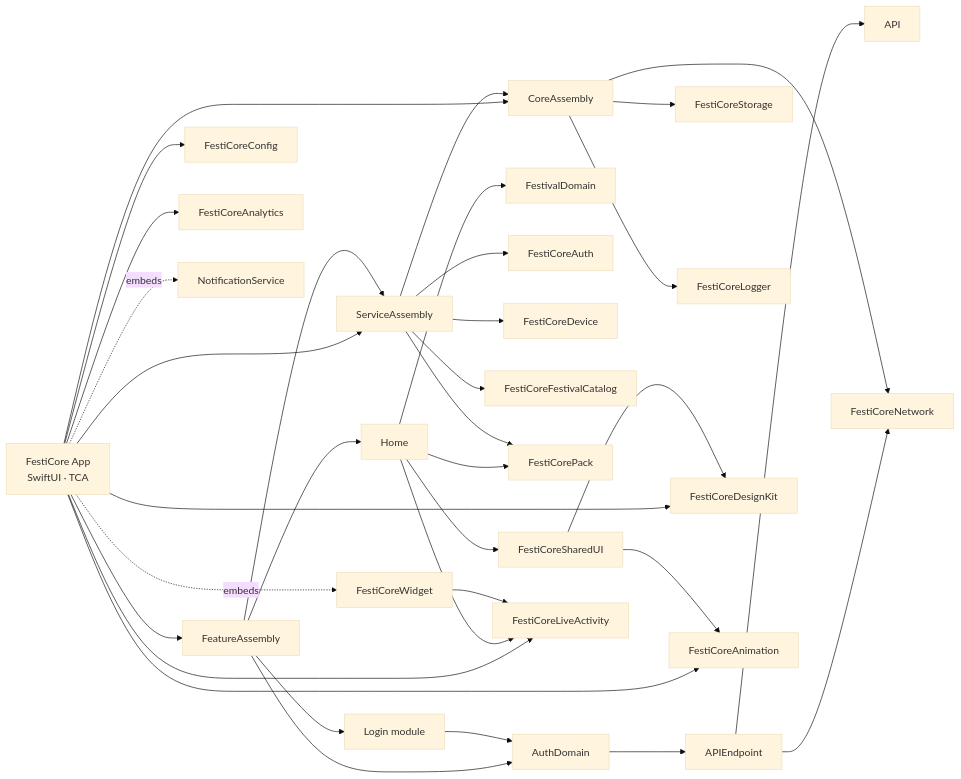
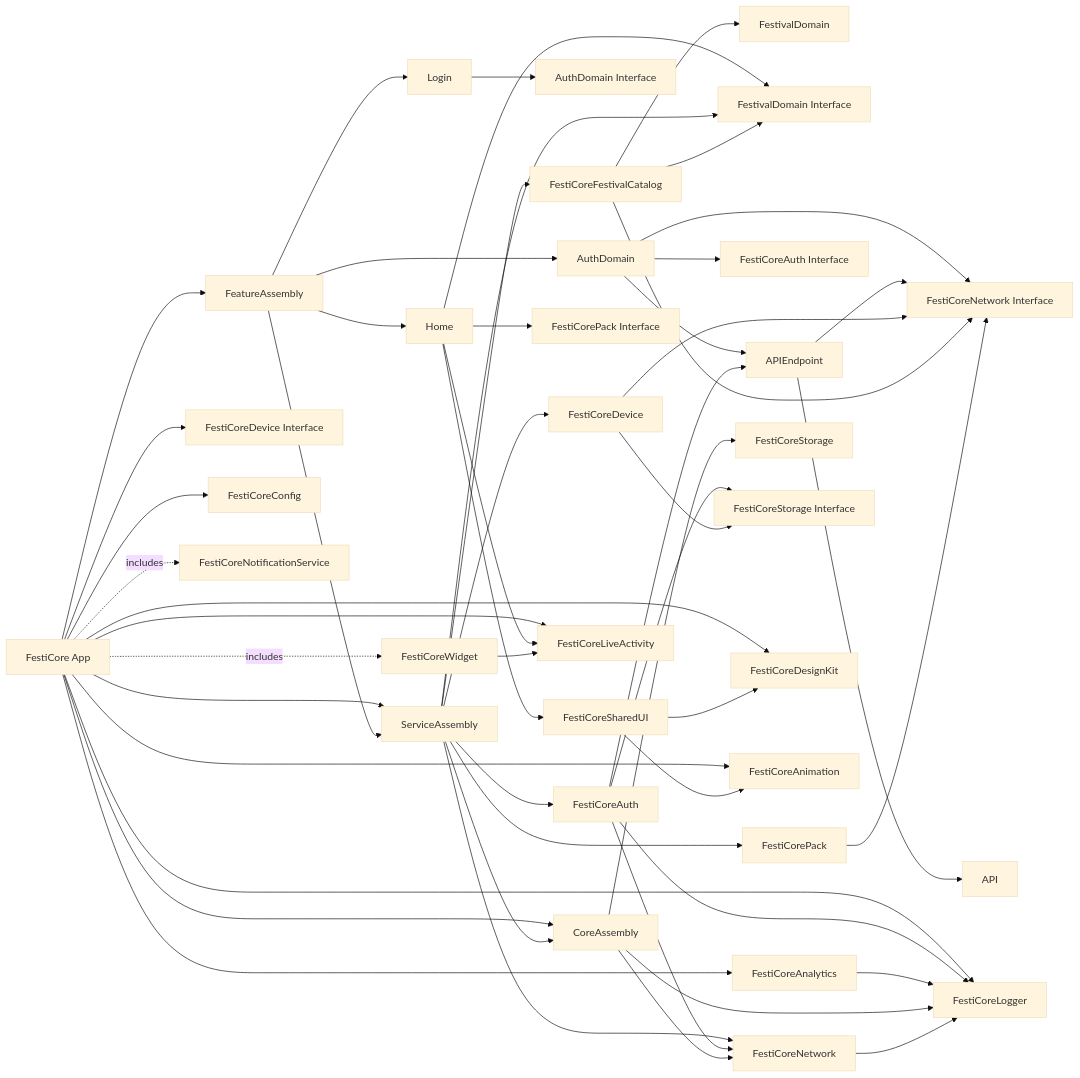
The diagram in docs/architecture/module-graph.mmd (FESTICORE/FestiCore-iOS), drawn with Mermaid (base theme) before and after one commit. The commit also changed 1 other file, not shown here.

Commit message:
문서: Tuist 의존성 Mermaid 그림 보강 #139

```diff
--- a/docs/architecture/module-graph.mmd
+++ b/docs/architecture/module-graph.mmd
@@ -1,60 +1,88 @@
 flowchart LR
-  App["FestiCore App<br/>SwiftUI · TCA"]
-  Feature["FeatureAssembly"]
+  App["FestiCore App"]
+  FeatureAssembly["FeatureAssembly"]
   Home["Home"]
-  Login["Login module"]
+  Login["Login"]
   AuthDomain["AuthDomain"]
+  AuthDomainInterface["AuthDomain Interface"]
   FestivalDomain["FestivalDomain"]
-  Service["ServiceAssembly"]
+  FestivalDomainInterface["FestivalDomain Interface"]
+  ServiceAssembly["ServiceAssembly"]
   API["API"]
-  Endpoint["APIEndpoint"]
+  APIEndpoint["APIEndpoint"]
+  Auth["FestiCoreAuth"]
+  AuthInterface["FestiCoreAuth Interface"]
+  Device["FestiCoreDevice"]
+  DeviceInterface["FestiCoreDevice Interface"]
+  Catalog["FestiCoreFestivalCatalog"]
+  Pack["FestiCorePack"]
+  PackInterface["FestiCorePack Interface"]
   Config["FestiCoreConfig"]
   Analytics["FestiCoreAnalytics"]
-  Auth["FestiCoreAuth"]
-  Device["FestiCoreDevice"]
-  Catalog["FestiCoreFestivalCatalog"]
-  Pack["FestiCorePack"]
-  Core["CoreAssembly"]
+  CoreAssembly["CoreAssembly"]
   Network["FestiCoreNetwork"]
+  NetworkInterface["FestiCoreNetwork Interface"]
   Storage["FestiCoreStorage"]
+  StorageInterface["FestiCoreStorage Interface"]
   Logger["FestiCoreLogger"]
   SharedUI["FestiCoreSharedUI"]
   Design["FestiCoreDesignKit"]
   Animation["FestiCoreAnimation"]
-  Activity["FestiCoreLiveActivity"]
+  LiveActivity["FestiCoreLiveActivity"]
   Widget["FestiCoreWidget"]
-  Notification["NotificationService"]
+  Notification["FestiCoreNotificationService"]
 
-  App --> Feature
-  App --> Service
-  App --> Core
+  App --> FeatureAssembly
+  App --> ServiceAssembly
+  App --> CoreAssembly
+  App --> DeviceInterface
+  App --> Logger
+  App --> Config
+  App --> Analytics
   App --> Design
   App --> Animation
-  App --> Activity
-  App --> Config
-  App --> Analytics
-  App -. embeds .-> Widget
-  App -. embeds .-> Notification
-  Feature --> Home
-  Feature --> Login
-  Feature --> AuthDomain
-  Feature --> Service
-  Home --> FestivalDomain
-  Home --> Pack
+  App --> LiveActivity
+  App -. includes .-> Widget
+  App -. includes .-> Notification
+
+  FeatureAssembly --> Home
+  FeatureAssembly --> Login
+  FeatureAssembly --> AuthDomain
+  FeatureAssembly --> ServiceAssembly
+  Home --> FestivalDomainInterface
+  Home --> PackInterface
   Home --> SharedUI
-  Home --> Activity
-  Login --> AuthDomain
-  AuthDomain --> Endpoint
-  Endpoint --> API
-  Endpoint --> Network
-  Service --> Auth
-  Service --> Device
-  Service --> Catalog
-  Service --> Pack
-  Service --> Core
-  Core --> Network
-  Core --> Storage
-  Core --> Logger
+  Home --> LiveActivity
+  Login --> AuthDomainInterface
+  AuthDomain --> NetworkInterface
+  AuthDomain --> AuthInterface
+  AuthDomain --> APIEndpoint
+
+  ServiceAssembly --> CoreAssembly
+  ServiceAssembly --> Network
+  ServiceAssembly --> FestivalDomainInterface
+  ServiceAssembly --> Auth
+  ServiceAssembly --> Device
+  ServiceAssembly --> Catalog
+  ServiceAssembly --> Pack
+  APIEndpoint --> API
+  APIEndpoint --> NetworkInterface
+  Auth --> Logger
+  Auth --> Network
+  Auth --> StorageInterface
+  Auth --> APIEndpoint
+  Device --> NetworkInterface
+  Device --> StorageInterface
+  Catalog --> NetworkInterface
+  Catalog --> FestivalDomainInterface
+  Catalog --> FestivalDomain
+  Pack --> NetworkInterface
+  Analytics --> Logger
+
+  CoreAssembly --> Logger
+  CoreAssembly --> Network
+  CoreAssembly --> Storage
+  Network --> Logger
   SharedUI --> Design
   SharedUI --> Animation
-  Widget --> Activity
+  Widget --> LiveActivity
```
